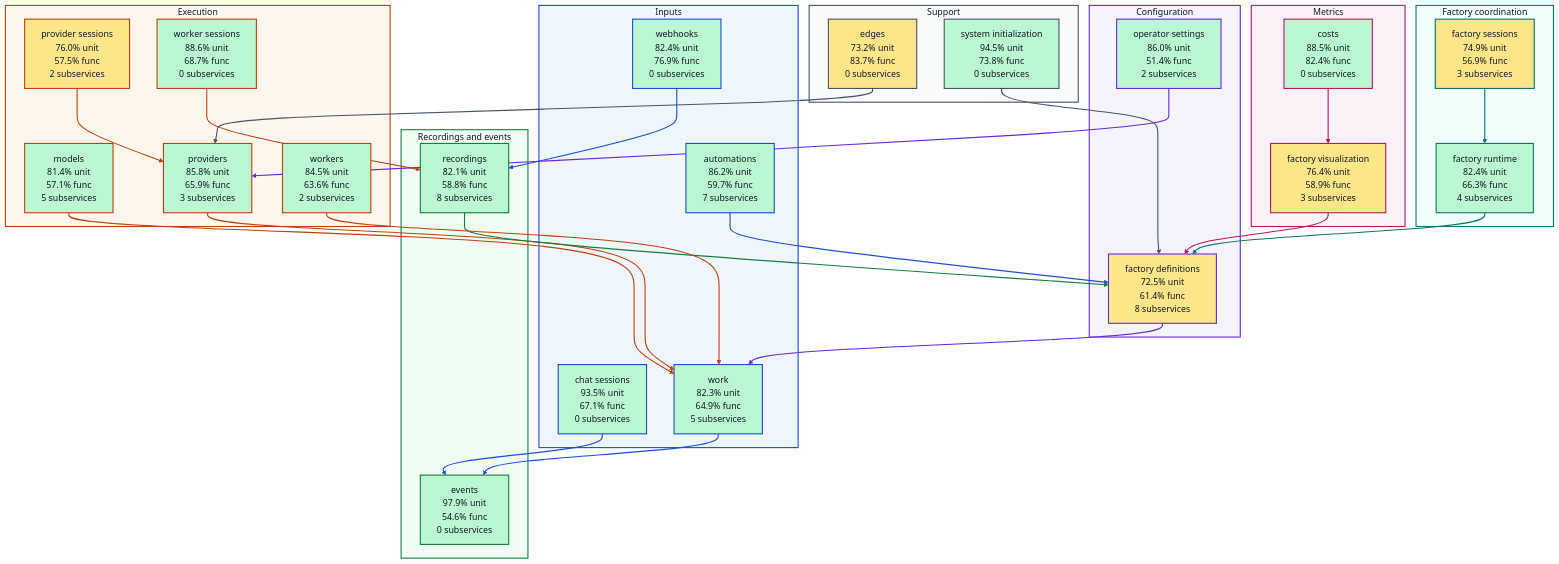
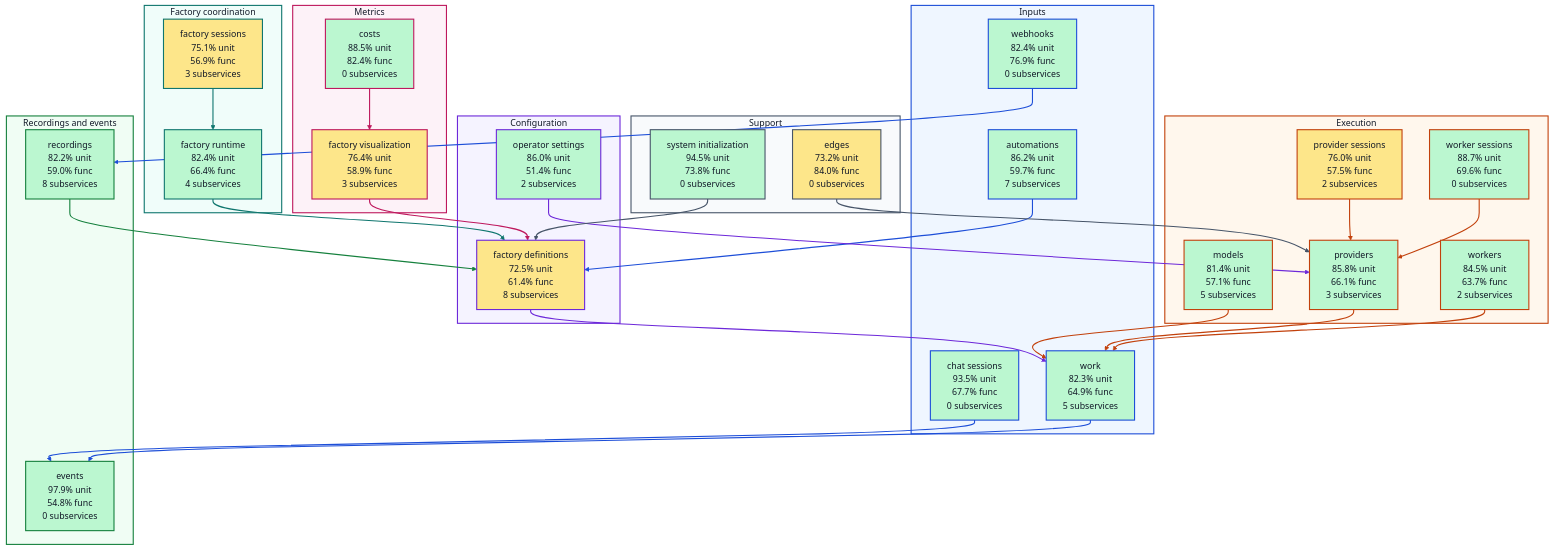
Before and after one commit to portpowered/you-agent-factory: the diagram in docs/architecture/visualizations/high-level-test-coverage.md, drawn with Mermaid (base theme). The commit also changed other lines of this file and 20 other files, not shown here.

Commit message:
docs: refresh backend architecture visualizations

```diff
--- a/docs/architecture/visualizations/high-level-test-coverage.md
+++ b/docs/architecture/visualizations/high-level-test-coverage.md
@@ -12,7 +12,7 @@
 flowchart TB
   subgraph input["Inputs"]
     s_services_automations["automations<br/>86.2% unit<br/>59.7% func<br/>7 subservices"]
-    s_services_chat_sessions["chat sessions<br/>93.5% unit<br/>67.1% func<br/>0 subservices"]
+    s_services_chat_sessions["chat sessions<br/>93.5% unit<br/>67.7% func<br/>0 subservices"]
     s_services_webhooks["webhooks<br/>82.4% unit<br/>76.9% func<br/>0 subservices"]
     s_services_work["work<br/>82.3% unit<br/>64.9% func<br/>5 subservices"]
   end
@@ -21,26 +21,26 @@
     s_services_operator_settings["operator settings<br/>86.0% unit<br/>51.4% func<br/>2 subservices"]
   end
   subgraph coordination["Factory coordination"]
-    s_services_factory_runtime["factory runtime<br/>82.4% unit<br/>66.3% func<br/>4 subservices"]
-    s_services_factory_sessions["factory sessions<br/>74.9% unit<br/>56.9% func<br/>3 subservices"]
+    s_services_factory_runtime["factory runtime<br/>82.4% unit<br/>66.4% func<br/>4 subservices"]
+    s_services_factory_sessions["factory sessions<br/>75.1% unit<br/>56.9% func<br/>3 subservices"]
   end
   subgraph execution["Execution"]
     s_services_models["models<br/>81.4% unit<br/>57.1% func<br/>5 subservices"]
     s_services_provider_sessions["provider sessions<br/>76.0% unit<br/>57.5% func<br/>2 subservices"]
-    s_services_providers["providers<br/>85.8% unit<br/>65.9% func<br/>3 subservices"]
-    s_services_worker_sessions["worker sessions<br/>88.6% unit<br/>68.7% func<br/>0 subservices"]
-    s_services_workers["workers<br/>84.5% unit<br/>63.6% func<br/>2 subservices"]
+    s_services_providers["providers<br/>85.8% unit<br/>66.1% func<br/>3 subservices"]
+    s_services_worker_sessions["worker sessions<br/>88.7% unit<br/>69.6% func<br/>0 subservices"]
+    s_services_workers["workers<br/>84.5% unit<br/>63.7% func<br/>2 subservices"]
   end
   subgraph recordings["Recordings and events"]
-    s_services_events["events<br/>97.9% unit<br/>54.6% func<br/>0 subservices"]
-    s_services_recordings["recordings<br/>82.1% unit<br/>58.8% func<br/>8 subservices"]
+    s_services_events["events<br/>97.9% unit<br/>54.8% func<br/>0 subservices"]
+    s_services_recordings["recordings<br/>82.2% unit<br/>59.0% func<br/>8 subservices"]
   end
   subgraph metrics["Metrics"]
     s_services_costs["costs<br/>88.5% unit<br/>82.4% func<br/>0 subservices"]
     s_services_factory_visualization["factory visualization<br/>76.4% unit<br/>58.9% func<br/>3 subservices"]
   end
   subgraph support["Support"]
-    s_services_edges["edges<br/>73.2% unit<br/>83.7% func<br/>0 subservices"]
+    s_services_edges["edges<br/>73.2% unit<br/>84.0% func<br/>0 subservices"]
     s_services_system_initialization["system initialization<br/>94.5% unit<br/>73.8% func<br/>0 subservices"]
   end
   s_services_automations --> s_services_factory_definitions
@@ -59,7 +59,7 @@
   s_services_system_initialization --> s_services_factory_definitions
   s_services_webhooks --> s_services_recordings
   s_services_work --> s_services_events
-  s_services_worker_sessions --> s_services_recordings
+  s_services_worker_sessions --> s_services_providers
   s_services_workers --> s_services_work
   style s_services_automations fill:#bbf7d0,stroke:#1d4ed8,stroke-width:2px,color:#111827
   style s_services_chat_sessions fill:#bbf7d0,stroke:#1d4ed8,stroke-width:2px,color:#111827
```
